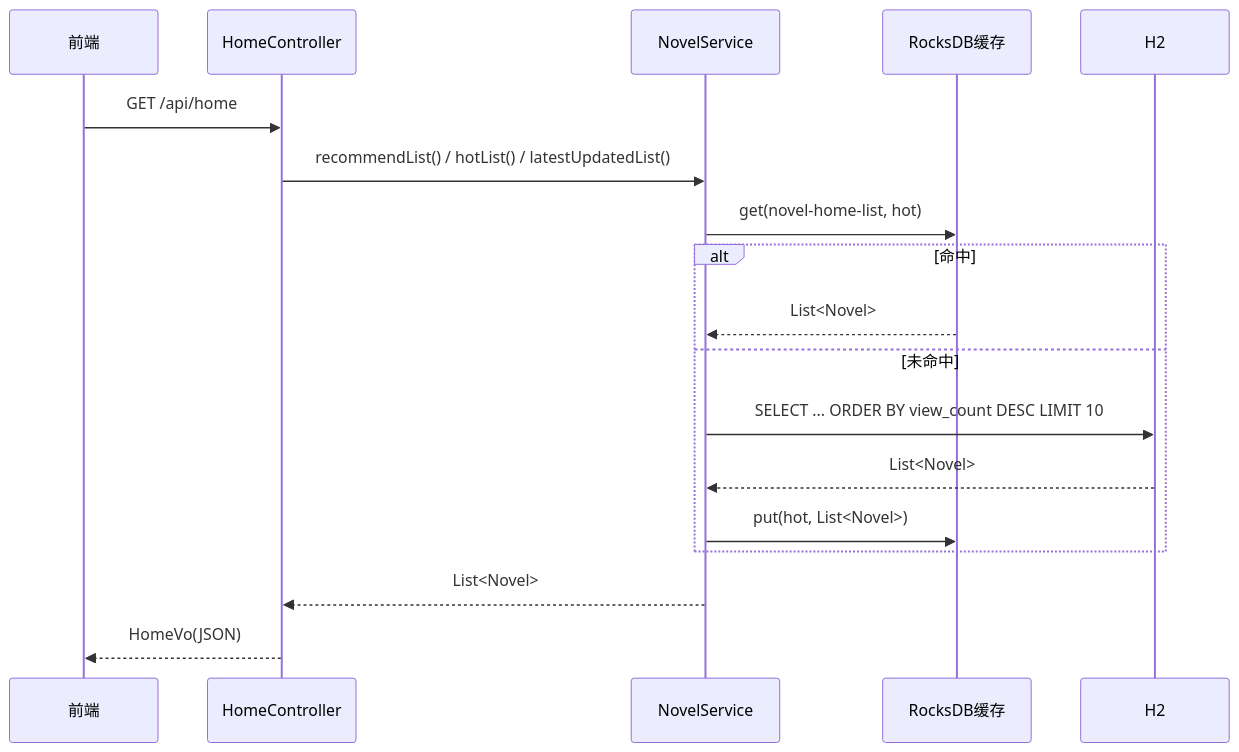
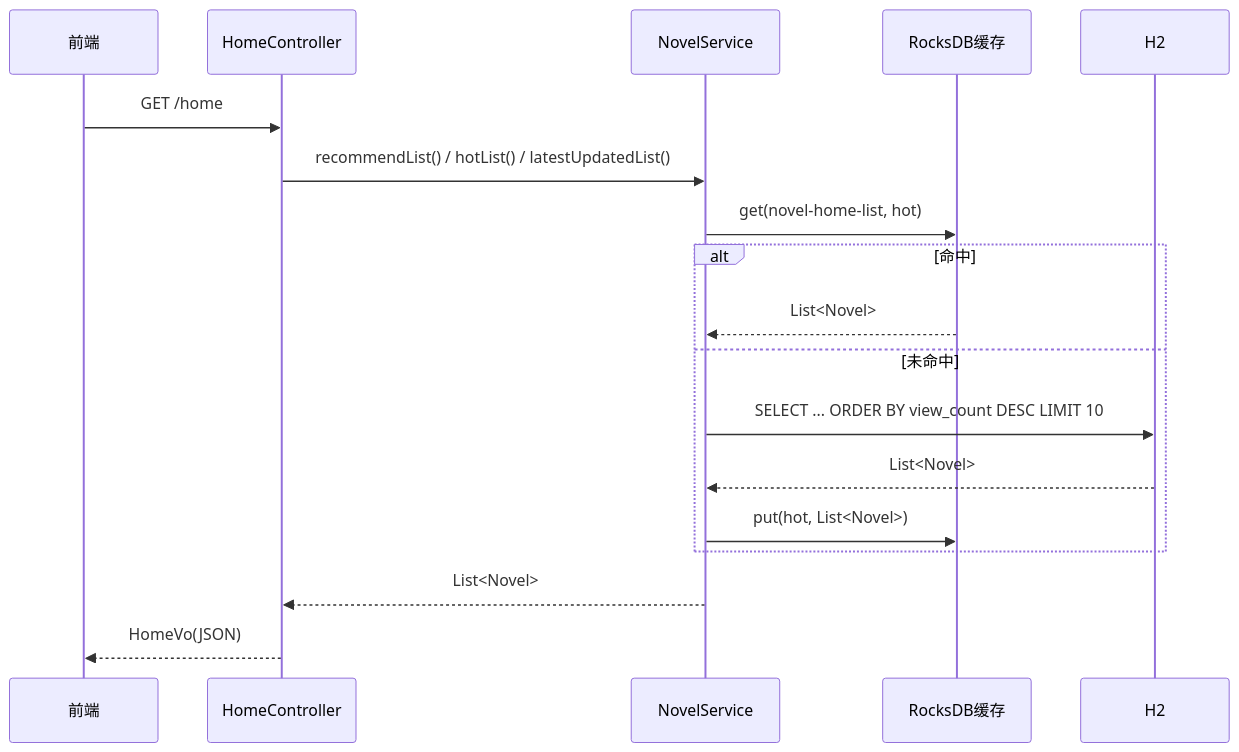
One commit to javafx2010/novel-backend changed the third of 3 diagrams in docs/01-架构设计.md. Above: the diagram before and after it, drawn with Mermaid. The commit also changed other lines of this file and 11 other files, not shown here.

````diff
--- a/docs/01-架构设计.md
+++ b/docs/01-架构设计.md
@@ -93,20 +93,20 @@
 ```mermaid
 sequenceDiagram
     participant F as 前端
     participant C as HomeController
     participant S as NovelService
     participant Ca as RocksDB缓存
     participant D as H2
-    F->>C: GET /api/home
+    F->>C: GET /home
     C->>S: recommendList() / hotList() / latestUpdatedList()
     S->>Ca: get(novel-home-list, hot)
     alt 命中
         Ca-->>S: List<Novel>
     else 未命中
         S->>D: SELECT ... ORDER BY view_count DESC LIMIT 10
         D-->>S: List<Novel>
         S->>Ca: put(hot, List<Novel>)
     end
     S-->>C: List<Novel>
     C-->>F: HomeVo(JSON)
 ```
````
